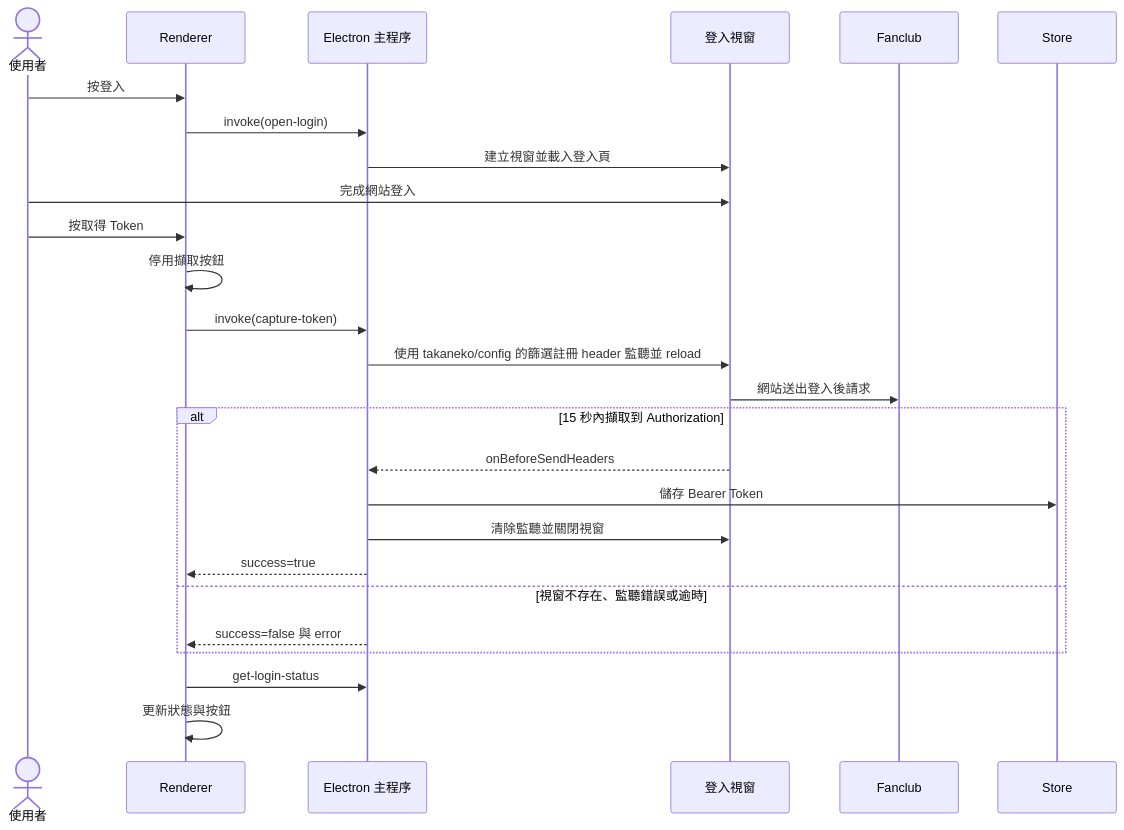
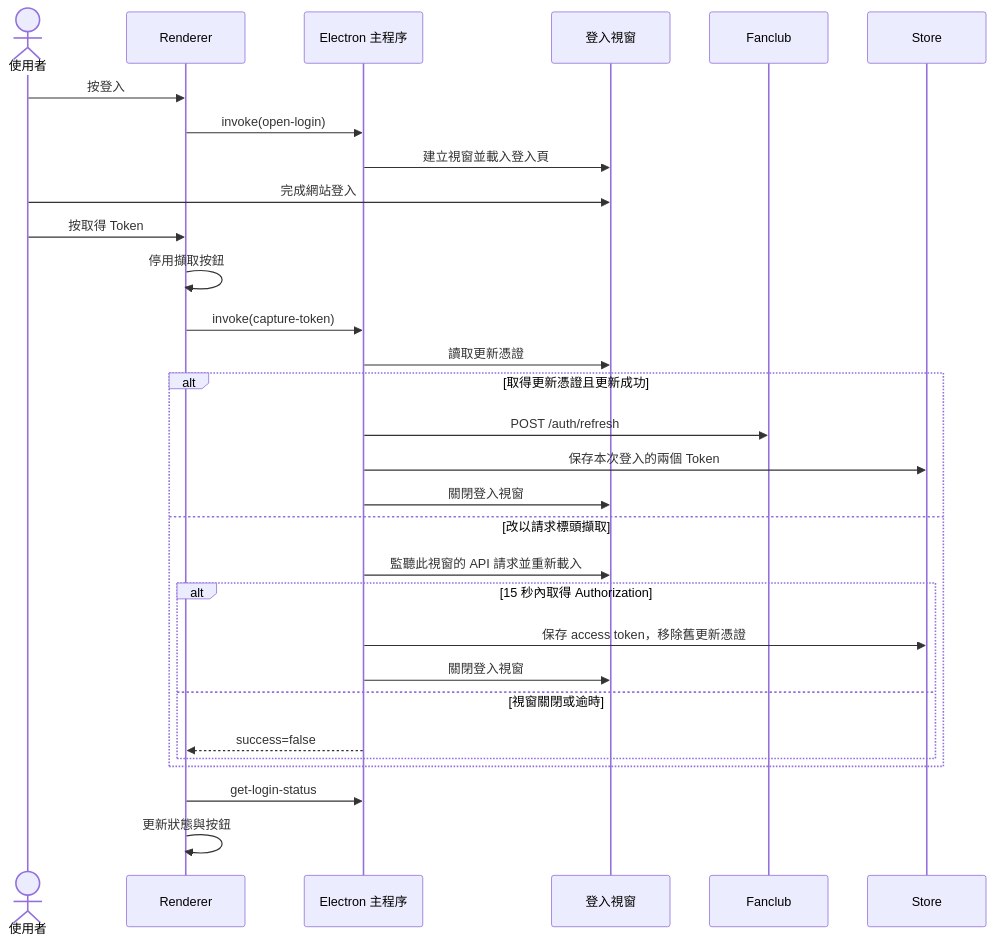
The first of 4 diagrams in docs/interaction-flow.md (Senachi124/TakanekoFanClubDownloader), drawn with Mermaid before and after one commit. The commit also changed other lines of this file and 22 other files, not shown here.

````diff
--- a/docs/interaction-flow.md
+++ b/docs/interaction-flow.md
@@ -7,28 +7,32 @@
 ```mermaid
 sequenceDiagram
     actor U as 使用者
     participant R as Renderer
     participant M as Electron 主程序
     participant L as 登入視窗
     participant F as Fanclub
     participant S as Store
     U->>R: 按登入
     R->>M: invoke(open-login)
     M->>L: 建立視窗並載入登入頁
     U->>L: 完成網站登入
     U->>R: 按取得 Token
     R->>R: 停用擷取按鈕
     R->>M: invoke(capture-token)
-    M->>L: 使用 takaneko/config 的篩選註冊 header 監聽並 reload
-    L->>F: 網站送出登入後請求
-    alt 15 秒內擷取到 Authorization
-        L-->>M: onBeforeSendHeaders
-        M->>S: 儲存 Bearer Token
-        M->>L: 清除監聽並關閉視窗
-        M-->>R: success=true
-    else 視窗不存在、監聽錯誤或逾時
-        M-->>R: success=false 與 error
+    M->>L: 讀取更新憑證
+    alt 取得更新憑證且更新成功
+        M->>F: POST /auth/refresh
+        M->>S: 保存本次登入的兩個 Token
+        M->>L: 關閉登入視窗
+    else 改以請求標頭擷取
+        M->>L: 監聽此視窗的 API 請求並重新載入
+        alt 15 秒內取得 Authorization
+            M->>S: 保存 access token，移除舊更新憑證
+            M->>L: 關閉登入視窗
+        else 視窗關閉或逾時
+            M-->>R: success=false
+        end
     end
     R->>M: get-login-status
     R->>R: 更新狀態與按鈕
 ```
````
